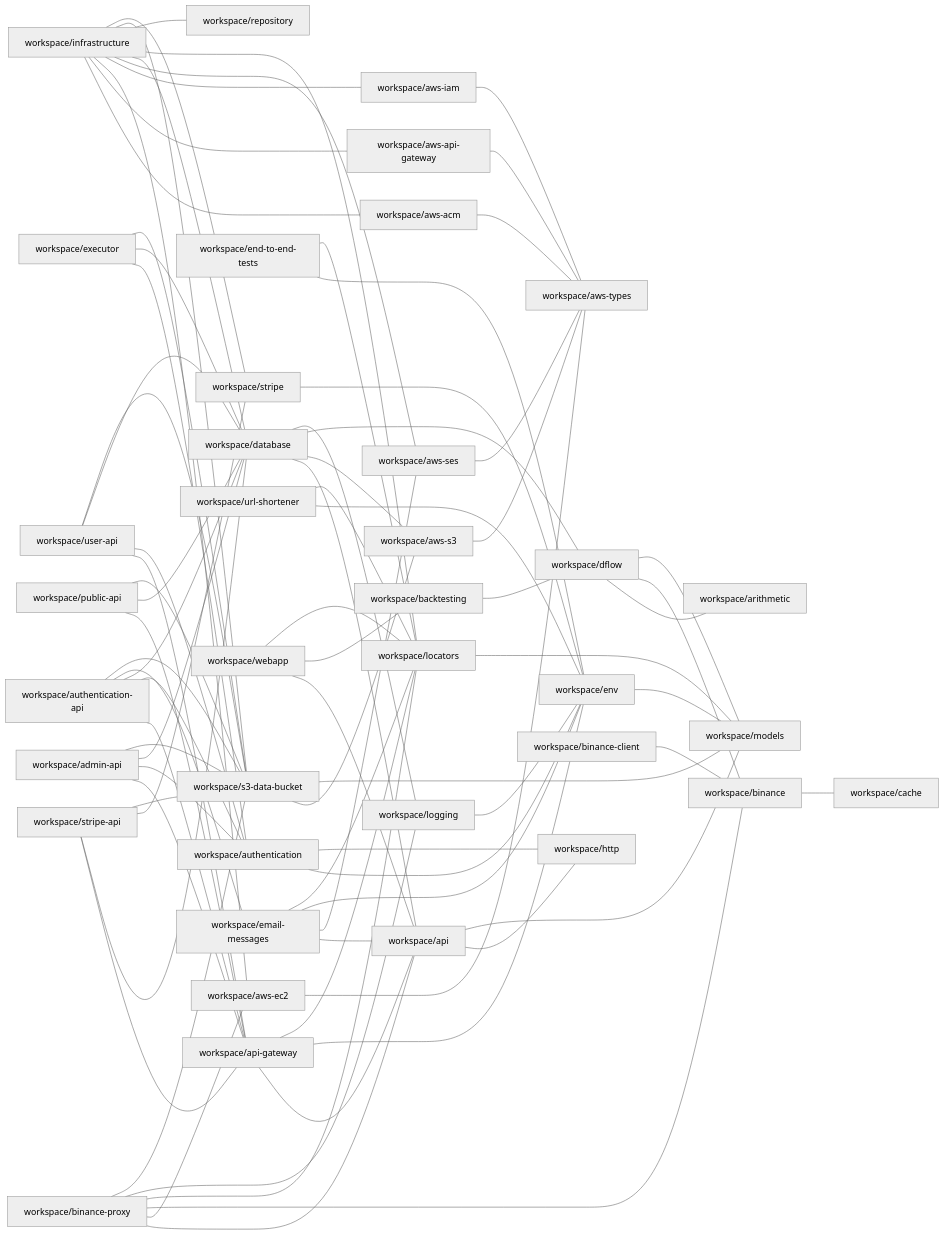
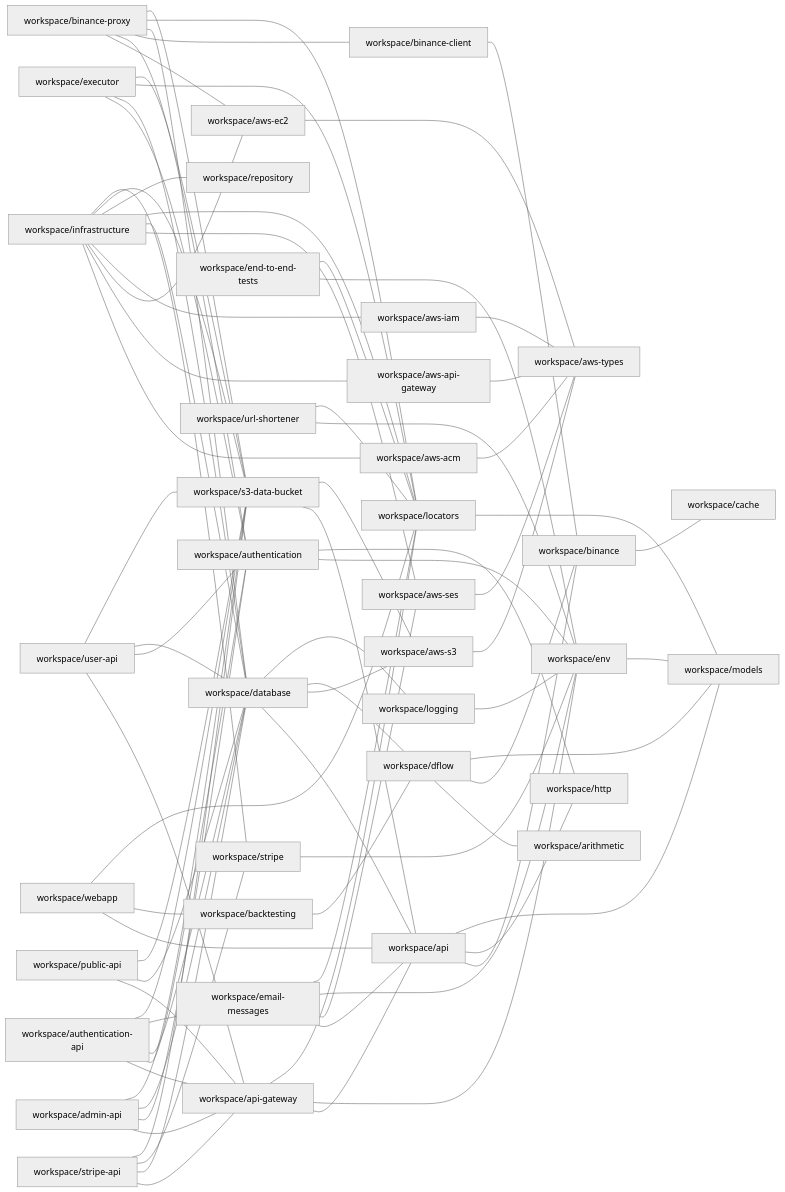
One commit to ggbot-org/ggbot changed the diagram in docs/npm-dependencies.md. Above: the diagram before and after it, drawn with Mermaid (neutral theme). The commit also changed 7 other files, not shown here.

```diff
--- a/docs/npm-dependencies.md
+++ b/docs/npm-dependencies.md
@@ -8,6 +8,7 @@
     workspace/admin-api --- workspace/authentication
     workspace/admin-api --- workspace/database
     workspace/admin-api --- workspace/s3-data-bucket
+    workspace/api --- workspace/binance
     workspace/api --- workspace/http
     workspace/api --- workspace/models
     workspace/api-gateway --- workspace/api
@@ -29,11 +30,11 @@
     workspace/backtesting --- workspace/dflow
     workspace/binance --- workspace/cache
     workspace/binance-client --- workspace/binance
-    workspace/binance-proxy --- workspace/api
     workspace/binance-proxy --- workspace/aws-ec2
-    workspace/binance-proxy --- workspace/binance
+    workspace/binance-proxy --- workspace/authentication
+    workspace/binance-proxy --- workspace/binance-client
+    workspace/binance-proxy --- workspace/database
     workspace/binance-proxy --- workspace/locators
-    workspace/binance-proxy --- workspace/logging
     workspace/binance-proxy --- workspace/s3-data-bucket
     workspace/database --- workspace/api
     workspace/database --- workspace/aws-s3
@@ -51,6 +52,7 @@
     workspace/env --- workspace/models
     workspace/executor --- workspace/authentication
     workspace/executor --- workspace/database
+    workspace/executor --- workspace/locators
     workspace/executor --- workspace/s3-data-bucket
     workspace/infrastructure --- workspace/aws-acm
     workspace/infrastructure --- workspace/aws-api-gateway
@@ -67,8 +69,8 @@
     workspace/public-api --- workspace/api-gateway
     workspace/public-api --- workspace/database
     workspace/public-api --- workspace/s3-data-bucket
+    workspace/s3-data-bucket --- workspace/api
     workspace/s3-data-bucket --- workspace/aws-s3
-    workspace/s3-data-bucket --- workspace/models
     workspace/stripe --- workspace/env
     workspace/stripe-api --- workspace/api-gateway
     workspace/stripe-api --- workspace/database
```
